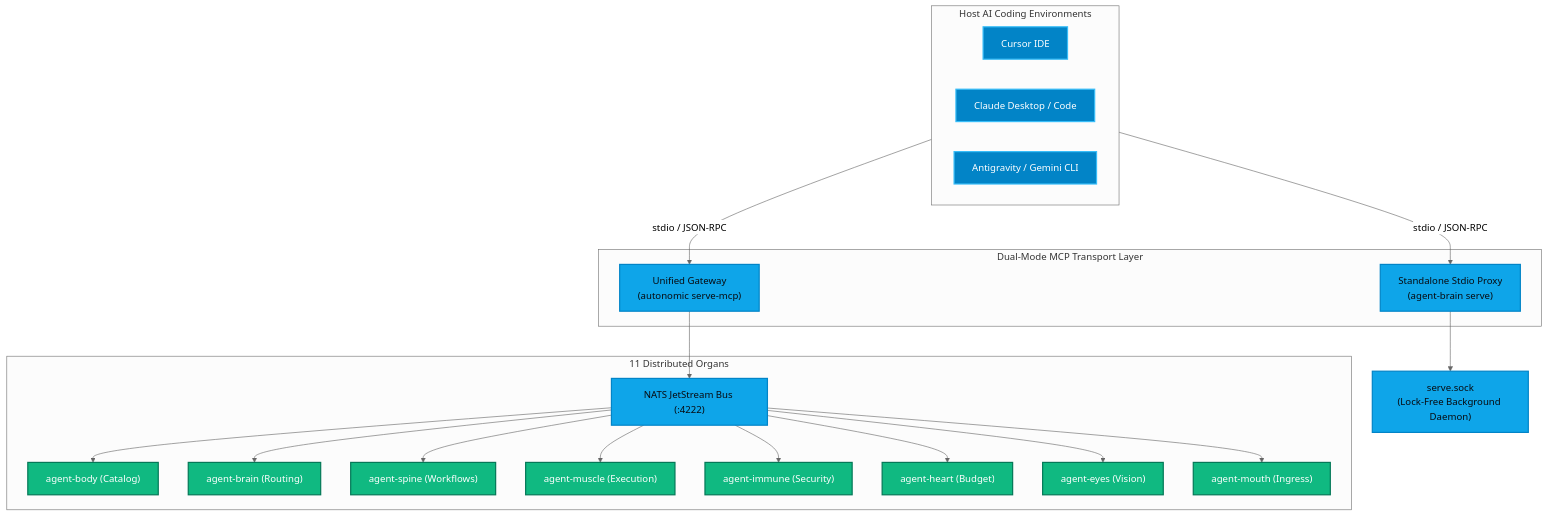
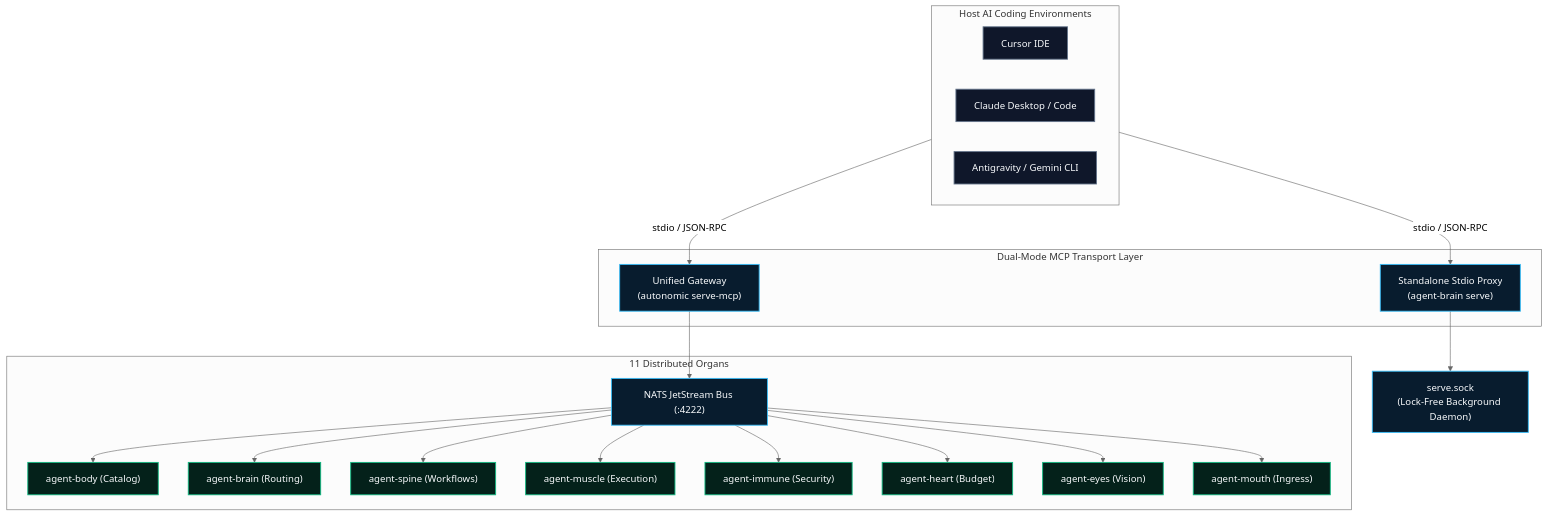
The diagram in src/routes/docs/mcp/+page.md (autonomic-ai-dev/website), drawn with Mermaid (neutral theme) before and after one commit. The commit also changed 13 other files, not shown here.

Commit message:
fix(docs): aerospace dark cybernetic palette for Mermaid charts and high-contrast labels

````diff
--- a/src/routes/docs/mcp/+page.md
+++ b/src/routes/docs/mcp/+page.md
@@ -13,37 +13,37 @@
 ```mermaid
 flowchart TD
     subgraph Hosts["Host AI Coding Environments"]
         Cursor["Cursor IDE"]
         Claude["Claude Desktop / Code"]
         Anti["Antigravity / Gemini CLI"]
     end
 
     subgraph DualMode["Dual-Mode MCP Transport Layer"]
         Gateway["Unified Gateway\n(autonomic serve-mcp)"]
         Direct["Standalone Stdio Proxy\n(agent-brain serve)"]
     end
 
     Hosts -->|stdio / JSON-RPC| Gateway
     Hosts -->|stdio / JSON-RPC| Direct
 
     Gateway --> Mesh["NATS JetStream Bus (:4222)"]
     Direct --> Sock["serve.sock\n(Lock-Free Background Daemon)"]
 
     subgraph Organs["11 Distributed Organs"]
         Mesh --> Body["agent-body (Catalog)"]
         Mesh --> Brain["agent-brain (Routing)"]
         Mesh --> Spine["agent-spine (Workflows)"]
         Mesh --> Muscle["agent-muscle (Execution)"]
         Mesh --> Immune["agent-immune (Security)"]
         Mesh --> Heart["agent-heart (Budget)"]
         Mesh --> Eyes["agent-eyes (Vision)"]
         Mesh --> Mouth["agent-mouth (Ingress)"]
     end
 
-    classDef host fill:#0284c7,stroke:#38bdf8,stroke-width:2px,color:#ffffff;
-    classDef transport fill:#0ea5e9,stroke:#0284c7,stroke-width:2px,color:#080b10;
-    classDef organ fill:#10b981,stroke:#047857,stroke-width:2px,color:#ffffff;
+    classDef host fill:#0f172a,stroke:#64748b,stroke-width:1.5px,color:#f8fafc;
+    classDef transport fill:#081c2e,stroke:#38bdf8,stroke-width:1.5px,color:#f8fafc;
+    classDef organ fill:#04211a,stroke:#10b981,stroke-width:1.5px,color:#f8fafc;
     class Cursor,Claude,Anti host;
     class Gateway,Direct,Mesh,Sock transport;
     class Body,Brain,Spine,Muscle,Immune,Heart,Eyes,Mouth organ;
 ```
````
